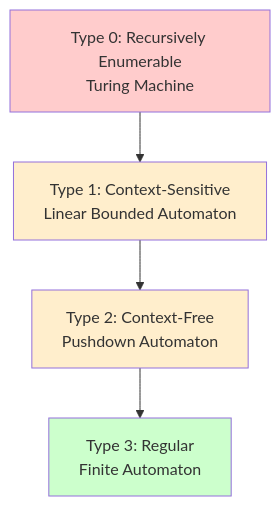
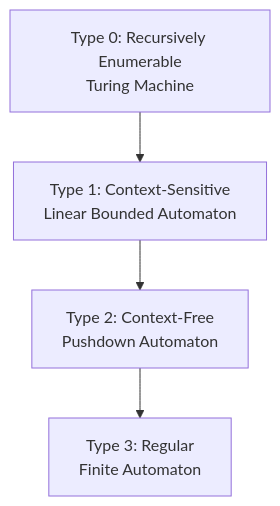
Before and after one commit to NL-s/2026-DiscreteMathmatics-JeYoungPark: the diagram in ClassNote/Markdown/10-pumping-lemma-chomsky.md, drawn with Mermaid. The commit also changed other lines of this file and 12 other files, not shown here.

````diff
--- a/ClassNote/Markdown/10-pumping-lemma-chomsky.md
+++ b/ClassNote/Markdown/10-pumping-lemma-chomsky.md
@@ -158,10 +156,6 @@
 ```mermaid
 graph TD
     A["Type 0: Recursively Enumerable<br>Turing Machine"] --> B["Type 1: Context-Sensitive<br>Linear Bounded Automaton"]
     B --> C["Type 2: Context-Free<br>Pushdown Automaton"]
     C --> D["Type 3: Regular<br>Finite Automaton"]
-    style D fill:#cfc
-    style C fill:#fec
-    style B fill:#fec
-    style A fill:#fcc
 ```
````
